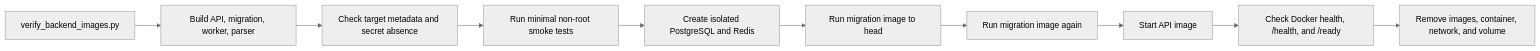
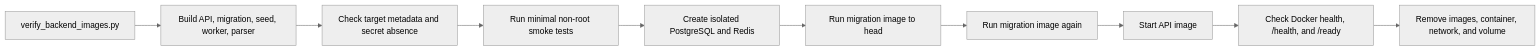
One commit to rnkraus/investment-research changed the tenth of 10 diagrams in backend/scripts/README.md. Above: the diagram before and after it, drawn with Mermaid (neutral theme). The commit also changed other lines of this file and 11 other files, not shown here.

````diff
--- a/backend/scripts/README.md
+++ b/backend/scripts/README.md
@@ -249,12 +272,12 @@
 ```mermaid
 flowchart LR
-    COMMAND[verify_backend_images.py] --> BUILD[Build API, migration, worker, parser]
+    COMMAND[verify_backend_images.py] --> BUILD[Build API, migration, seed, worker, parser]
     BUILD --> METADATA[Check target metadata and secret absence]
     METADATA --> RUNTIME[Run minimal non-root smoke tests]
     RUNTIME --> POSTGRES[Create isolated PostgreSQL and Redis]
     POSTGRES --> MIGRATE[Run migration image to head]
     MIGRATE --> REPEAT[Run migration image again]
     REPEAT --> API[Start API image]
     API --> HEALTH[Check Docker health, /health, and /ready]
     HEALTH --> CLEANUP[Remove images, container, network, and volume]
 ```
````
